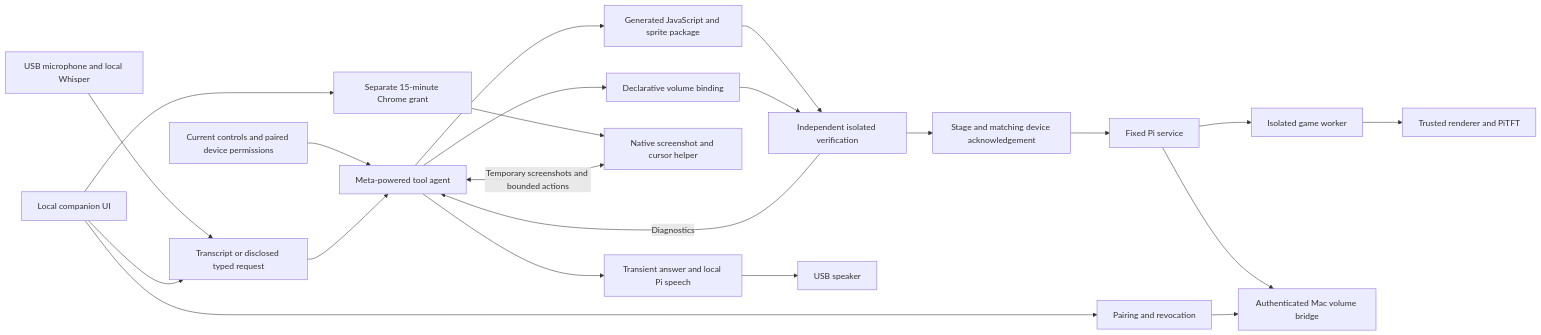
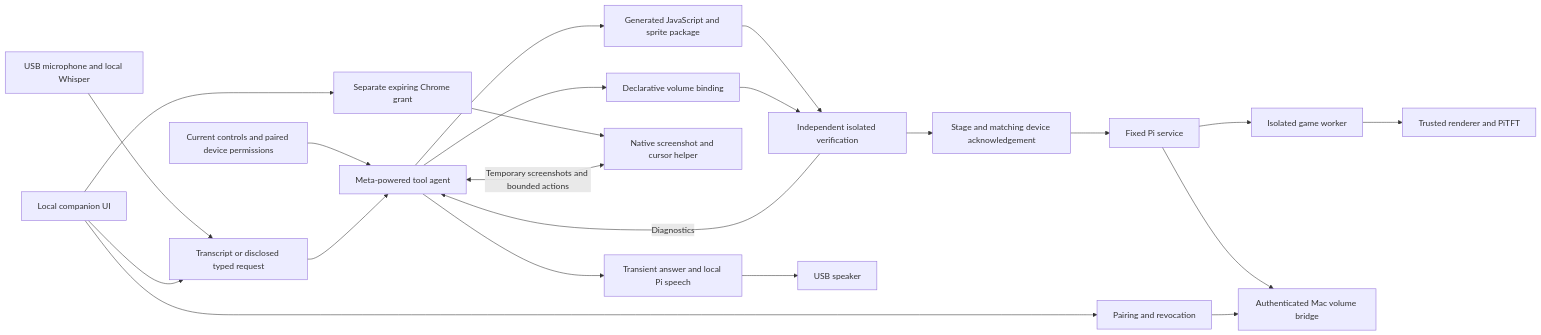
Before and after one commit to Divyesh-Thirukonda/cruise: the diagram in context/architecture.md, drawn with Mermaid. The commit also changed other lines of this file and 18 other files, not shown here.

````diff
--- a/context/architecture.md
+++ b/context/architecture.md
@@ -9,24 +9,24 @@
 ```mermaid
 flowchart LR
     V[USB microphone and local Whisper] --> Q[Transcript or disclosed typed request]
     C[Current controls and paired device permissions] --> M[Meta-powered tool agent]
     Q --> M
     M --> G[Generated JavaScript and sprite package]
     M --> B[Declarative volume binding]
     G --> T[Independent isolated verification]
     B --> T
     T -->|Diagnostics| M
     T --> A[Stage and matching device acknowledgement]
     A --> R[Fixed Pi service]
     R --> J[Isolated game worker]
     J --> D[Trusted renderer and PiTFT]
     R --> H[Authenticated Mac volume bridge]
     U[Local companion UI] --> Q
     U --> P[Pairing and revocation]
     P --> H
-    U --> S[Separate 15-minute Chrome grant]
+    U --> S[Separate expiring Chrome grant]
     S --> N[Native screenshot and cursor helper]
     M <-->|Temporary screenshots and bounded actions| N
     M --> E[Transient answer and local Pi speech]
     E --> O[USB speaker]
 ```
````
